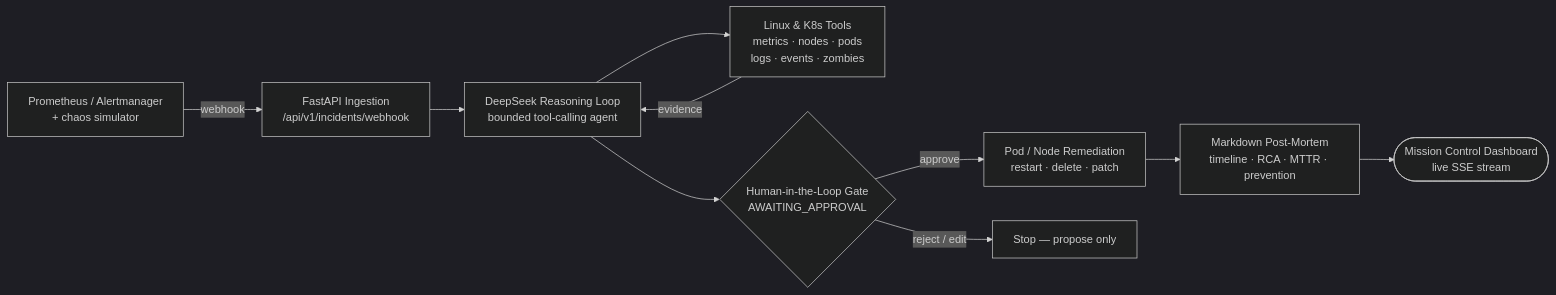
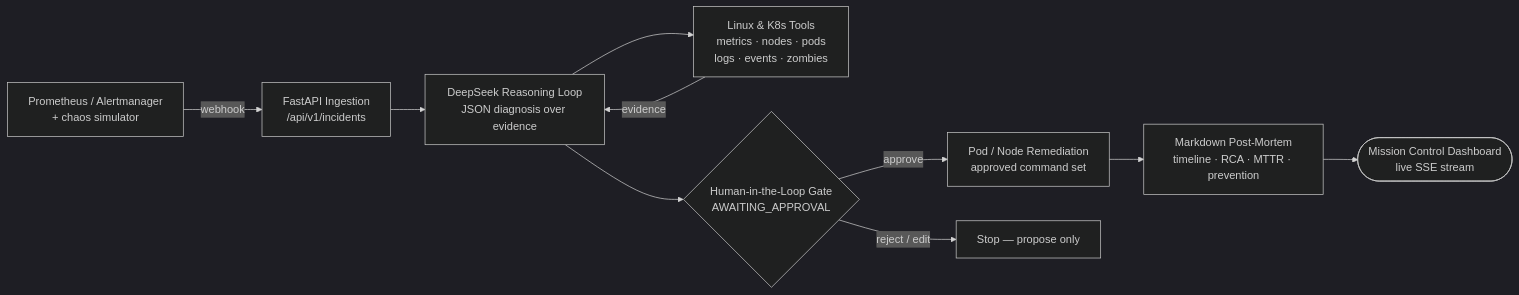
Before and after one commit to Maazkhan96271/KubeAgent: the diagram in README.md, drawn with Mermaid (dark theme). The commit also changed other lines of this file, not shown here.

````diff
--- a/README.md
+++ b/README.md
@@ -40,12 +56,12 @@
 ```mermaid
 flowchart LR
-    A["Prometheus / Alertmanager<br/>+ chaos simulator"] -->|"webhook"| B["FastAPI Ingestion<br/>/api/v1/incidents/webhook"]
-    B --> C["DeepSeek Reasoning Loop<br/>bounded tool-calling agent"]
+    A["Prometheus / Alertmanager<br/>+ chaos simulator"] -->|"webhook"| B["FastAPI Ingestion<br/>/api/v1/incidents"]
+    B --> C["DeepSeek Reasoning Loop<br/>JSON diagnosis over evidence"]
     C --> D["Linux & K8s Tools<br/>metrics · nodes · pods<br/>logs · events · zombies"]
     D -->|"evidence"| C
     C --> E{"Human-in-the-Loop Gate<br/>AWAITING_APPROVAL"}
-    E -->|"approve"| F["Pod / Node Remediation<br/>restart · delete · patch"]
+    E -->|"approve"| F["Pod / Node Remediation<br/>approved command set"]
     E -->|"reject / edit"| G["Stop — propose only"]
     F --> H["Markdown Post-Mortem<br/>timeline · RCA · MTTR · prevention"]
     H --> I(["Mission Control Dashboard<br/>live SSE stream"])
 ```
````
